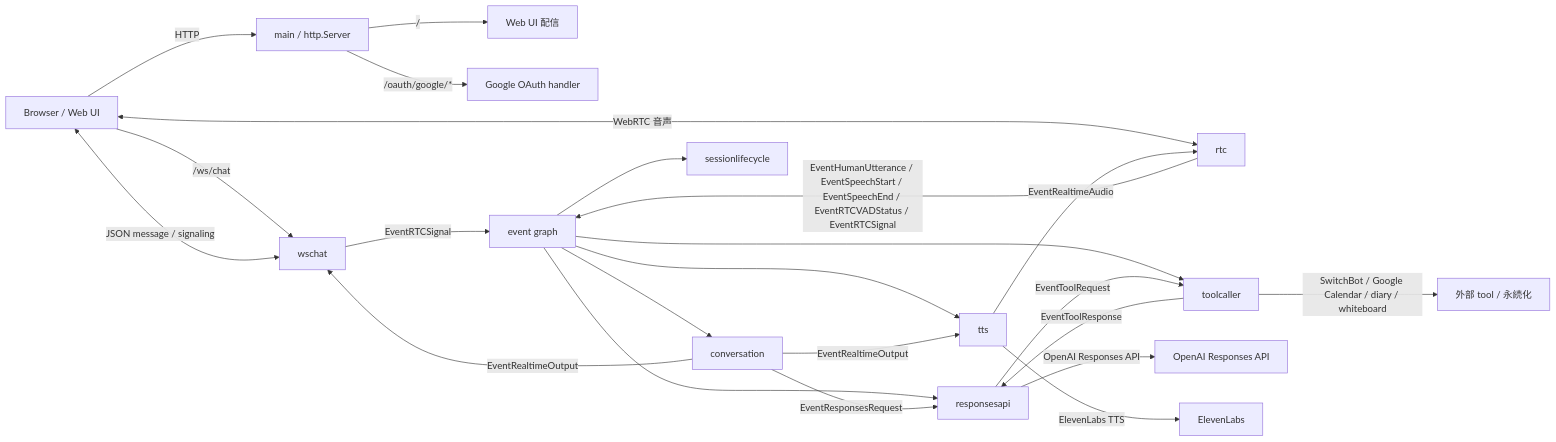
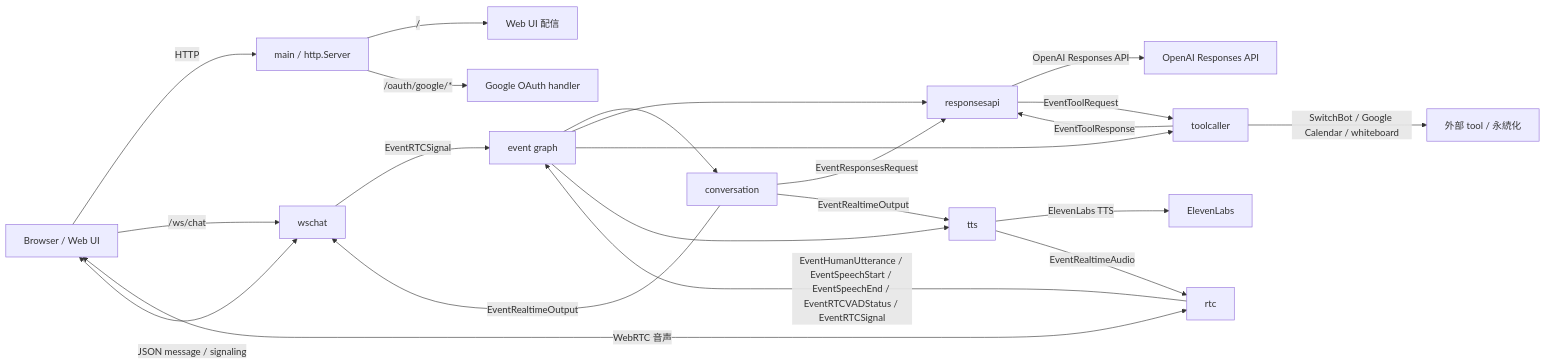
One commit to tetetratra/smart-speaker changed the first of 2 diagrams in docs/architecture.md. Above: the diagram before and after it, drawn with Mermaid. The commit also changed other lines of this file and 32 other files, not shown here.

````diff
--- a/docs/architecture.md
+++ b/docs/architecture.md
@@ -9,27 +9,26 @@
 ```mermaid
 flowchart LR
   Browser["Browser / Web UI"] -->|HTTP| HTTP["main / http.Server"]
   HTTP -->|/| Static["Web UI 配信"]
   HTTP -->|/oauth/google/*| OAuth["Google OAuth handler"]
   Browser -->|/ws/chat| WS["wschat"]
   Browser <-->|WebRTC 音声| RTC["rtc"]
   WS <-->|JSON message / signaling| Browser
 
   WS -->|EventRTCSignal| Graph["event graph"]
   RTC -->|EventHumanUtterance / EventSpeechStart / EventSpeechEnd / EventRTCVADStatus / EventRTCSignal| Graph
   Graph --> CONV["conversation"]
-  Graph --> LIFE["sessionlifecycle"]
   Graph --> RESP["responsesapi"]
   Graph --> TOOL["toolcaller"]
   Graph --> TTS["tts"]
 
   CONV -->|EventResponsesRequest| RESP
   RESP -->|OpenAI Responses API| OpenAI["OpenAI Responses API"]
   RESP -->|EventToolRequest| TOOL
-  TOOL -->|SwitchBot / Google Calendar / diary / whiteboard| Ext["外部 tool / 永続化"]
+  TOOL -->|SwitchBot / Google Calendar / whiteboard| Ext["外部 tool / 永続化"]
   TOOL -->|EventToolResponse| RESP
   CONV -->|EventRealtimeOutput| TTS
   TTS -->|ElevenLabs TTS| ElevenLabs["ElevenLabs"]
   TTS -->|EventRealtimeAudio| RTC
   CONV -->|EventRealtimeOutput| WS
 ```
````
